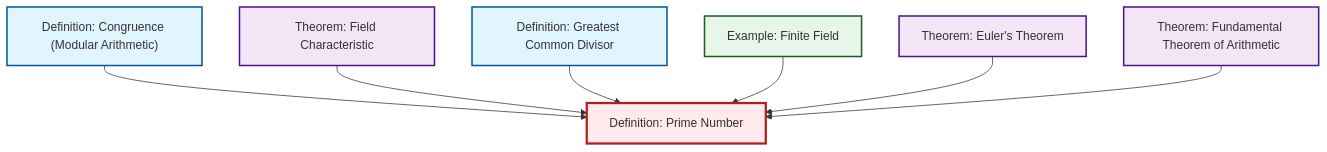
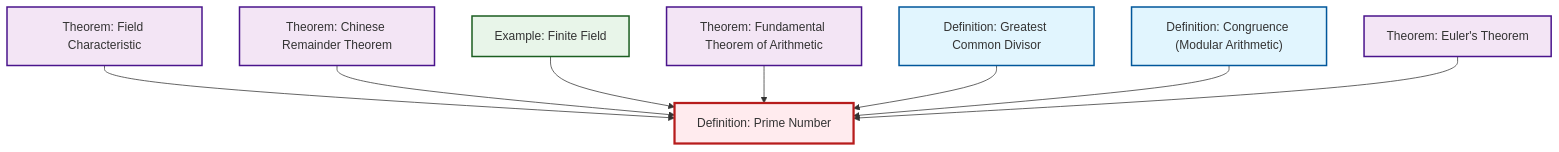
One commit to RK0429/ModernMath changed the diagram in content/en/number-theory/def-prime.qmd. Above: the diagram before and after it, drawn with Mermaid. The commit also changed 615 other files, not shown here.

First line of the commit message:
feat: Add Chinese Remainder Theorem article with comprehensive cross-references

````diff
--- a/content/en/number-theory/def-prime.qmd
+++ b/content/en/number-theory/def-prime.qmd
@@ -53,29 +53,32 @@
 ```{mermaid}
 %%| fig-cap: "Local dependency graph"
 graph TD
     classDef definition fill:#e1f5fe,stroke:#01579b,stroke-width:2px
     classDef theorem fill:#f3e5f5,stroke:#4a148c,stroke-width:2px
     classDef axiom fill:#fff3e0,stroke:#e65100,stroke-width:2px
     classDef example fill:#e8f5e9,stroke:#1b5e20,stroke-width:2px
     classDef current fill:#ffebee,stroke:#b71c1c,stroke-width:3px
+    thm-field-characteristic["Theorem: Field Characteristic"]:::theorem
+    ex-finite-field["Example: Finite Field"]:::example
+    thm-fundamental-arithmetic["Theorem: Fundamental Theorem of Arithmetic"]:::theorem
     thm-euler["Theorem: Euler's Theorem"]:::theorem
+    thm-chinese-remainder["Theorem: Chinese Remainder Theorem"]:::theorem
+    def-congruence["Definition: Congruence (Modular Arithmetic)"]:::definition
+    def-gcd["Definition: Greatest Common Divisor"]:::definition
     def-prime["Definition: Prime Number"]:::definition
-    def-gcd["Definition: Greatest Common Divisor"]:::definition
-    def-congruence["Definition: Congruence (Modular Arithmetic)"]:::definition
-    ex-finite-field["Example: Finite Field"]:::example
-    thm-field-characteristic["Theorem: Field Characteristic"]:::theorem
-    thm-fundamental-arithmetic["Theorem: Fundamental Theorem of Arithmetic"]:::theorem
+    thm-field-characteristic --> def-prime
+    thm-chinese-remainder --> def-prime
+    ex-finite-field --> def-prime
+    thm-fundamental-arithmetic --> def-prime
+    def-gcd --> def-prime
     def-congruence --> def-prime
-    thm-field-characteristic --> def-prime
-    def-gcd --> def-prime
-    ex-finite-field --> def-prime
     thm-euler --> def-prime
-    thm-fundamental-arithmetic --> def-prime
     class def-prime current
+    click thm-field-characteristic "thm-field-characteristic.html" "Go to Field Characteristic theorem"
+    click ex-finite-field "ex-finite-field.html" "Go to Finite Field example"
+    click thm-fundamental-arithmetic "thm-fundamental-arithmetic.html" "Go to Fundamental Theorem of Arithmetic theorem"
     click thm-euler "thm-euler.html" "Go to Euler's Theorem theorem"
+    click thm-chinese-remainder "thm-chinese-remainder.html" "Go to Chinese Remainder Theorem theorem"
+    click def-congruence "def-congruence.html" "Go to Congruence (Modular Arithmetic) definition"
     click def-gcd "def-gcd.html" "Go to Greatest Common Divisor definition"
-    click def-congruence "def-congruence.html" "Go to Congruence (Modular Arithmetic) definition"
-    click ex-finite-field "ex-finite-field.html" "Go to Finite Field example"
-    click thm-field-characteristic "thm-field-characteristic.html" "Go to Field Characteristic theorem"
-    click thm-fundamental-arithmetic "thm-fundamental-arithmetic.html" "Go to Fundamental Theorem of Arithmetic theorem"
 ```
````
